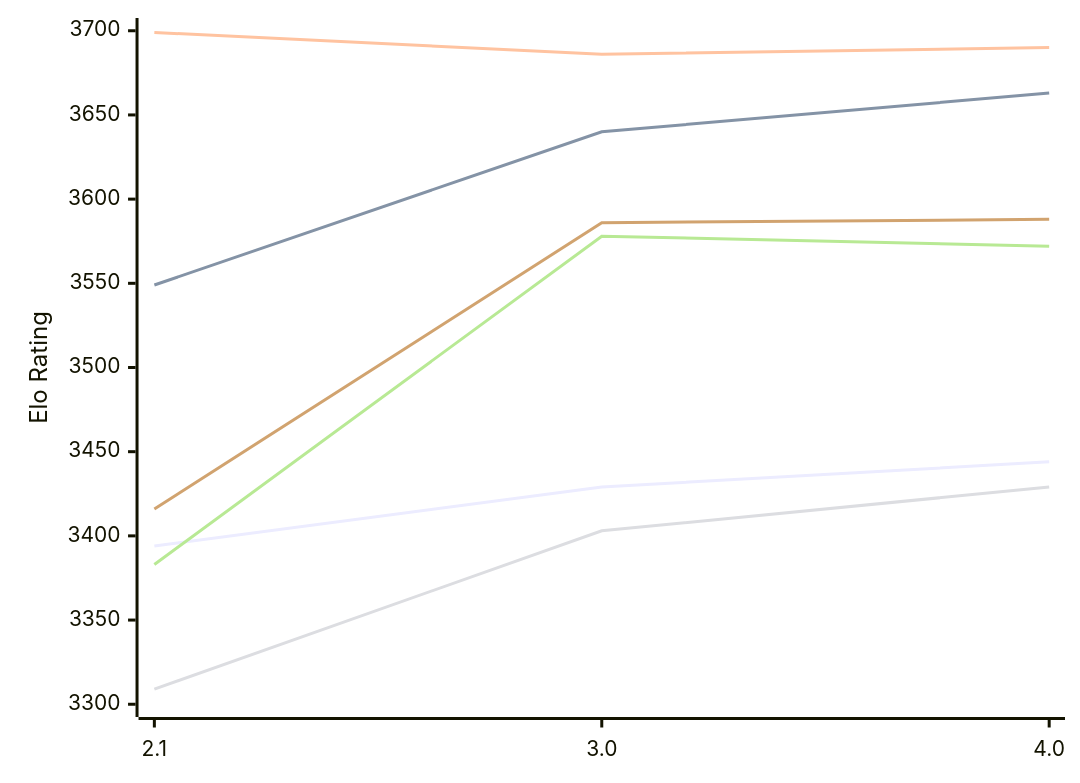
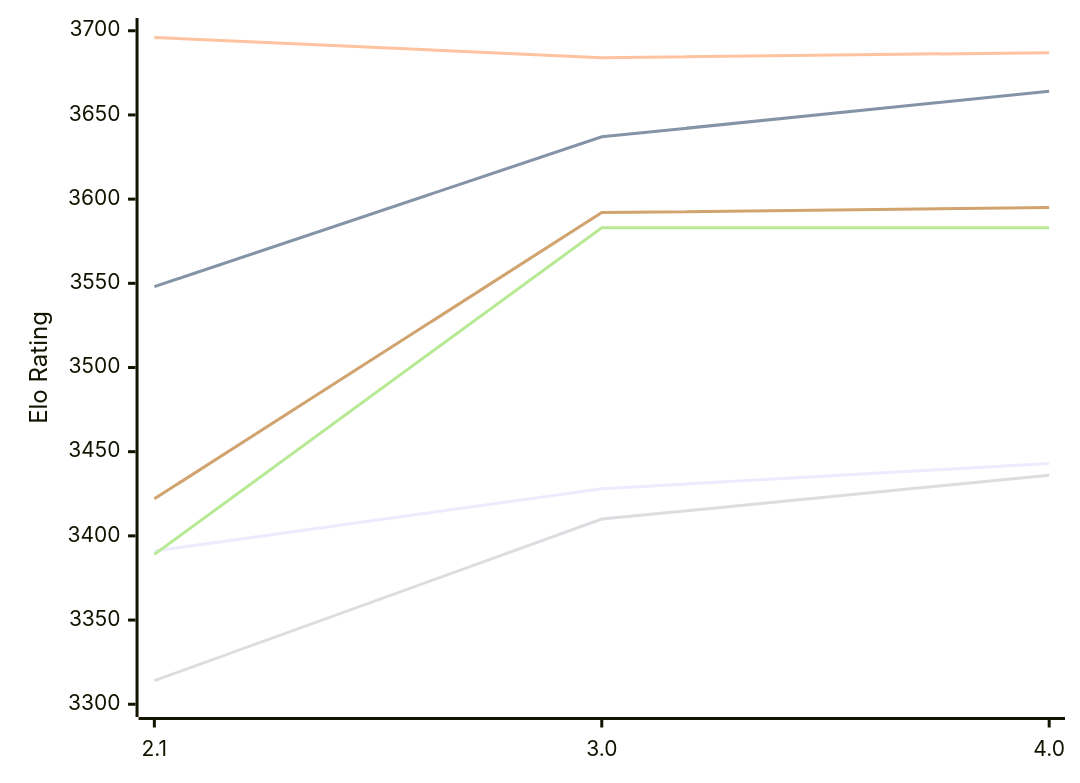
The first of 2 diagrams in engines/Hobbes.md (computer-chess-index/cci), drawn with Mermaid before and after one commit. The commit also changed other lines of this file, not shown here.

Commit message:
Update CCI Ratings (ELO VLTC) - 2026-11-23

````diff
--- a/engines/Hobbes.md
+++ b/engines/Hobbes.md
@@ -53,12 +53,12 @@
 ```mermaid
 %%{init: {"theme":"base","themeVariables":{"seriesColors:['#a3a3a3','#222221','#faa371']}}}%%
 xychart-beta
   x-axis ["2.1", "3.0", "4.0"]
   y-axis "Elo Rating" 3300 --> 3700
-  line "E1: STC (8.0+0.08s)" [3394, 3429, 3444]
-  line "E1: LTC (60.0+0.60s)" [3549, 3640, 3663]
-  line "E1: VLTC (2m24s+1.12s)" [3699, 3686, 3690]
-  line "P1: STC (8.0+0.08s)" [3309, 3403, 3429]
-  line "P1: LTC (60.0+0.60s)" [3383, 3578, 3572]
-  line "P1: VLTC (2m24s+1.12s)" [3416, 3586, 3588]
+  line "E1: STC (8.0+0.08s)" [3391, 3428, 3443]
+  line "E1: LTC (60.0+0.60s)" [3548, 3637, 3664]
+  line "E1: VLTC (2m24s+1.12s)" [3696, 3684, 3687]
+  line "P1: STC (8.0+0.08s)" [3314, 3410, 3436]
+  line "P1: LTC (60.0+0.60s)" [3389, 3583, 3583]
+  line "P1: VLTC (2m24s+1.12s)" [3422, 3592, 3595]
 ```
````
